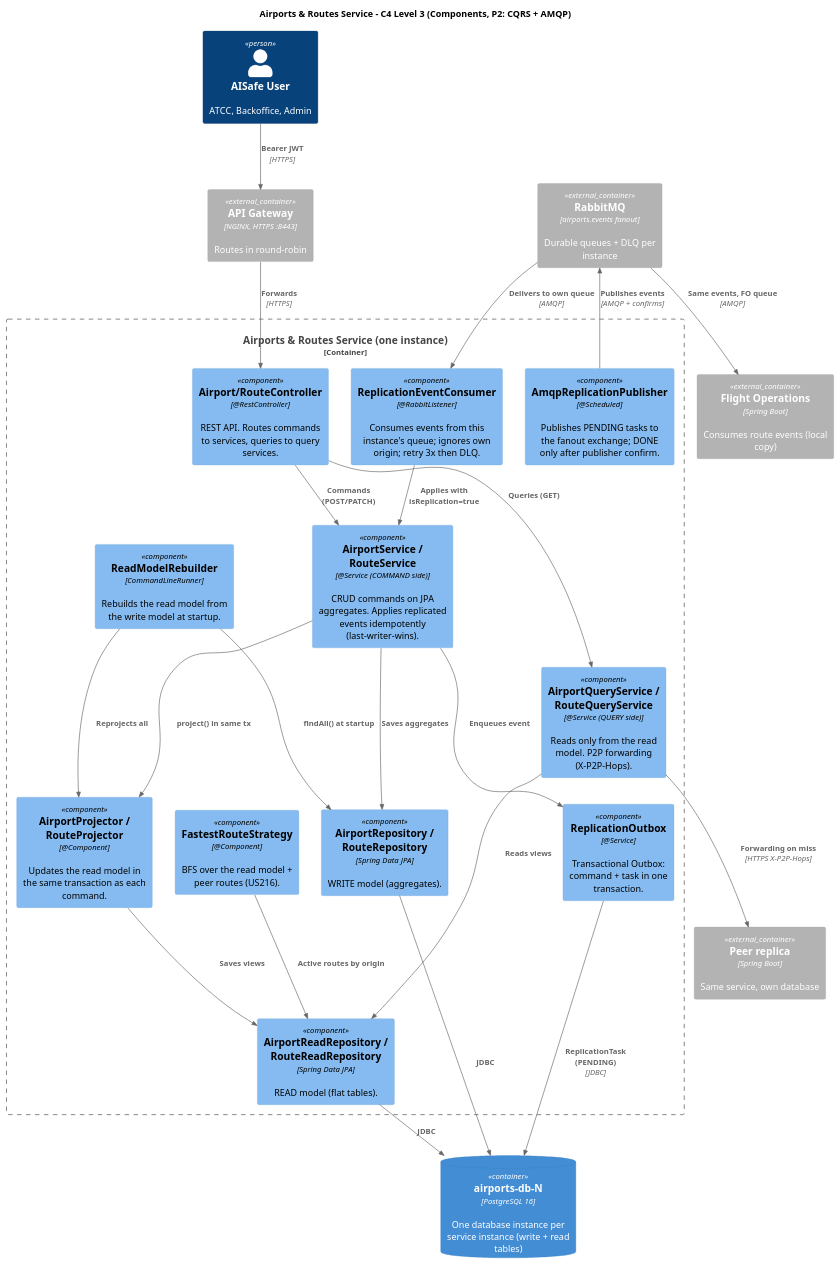
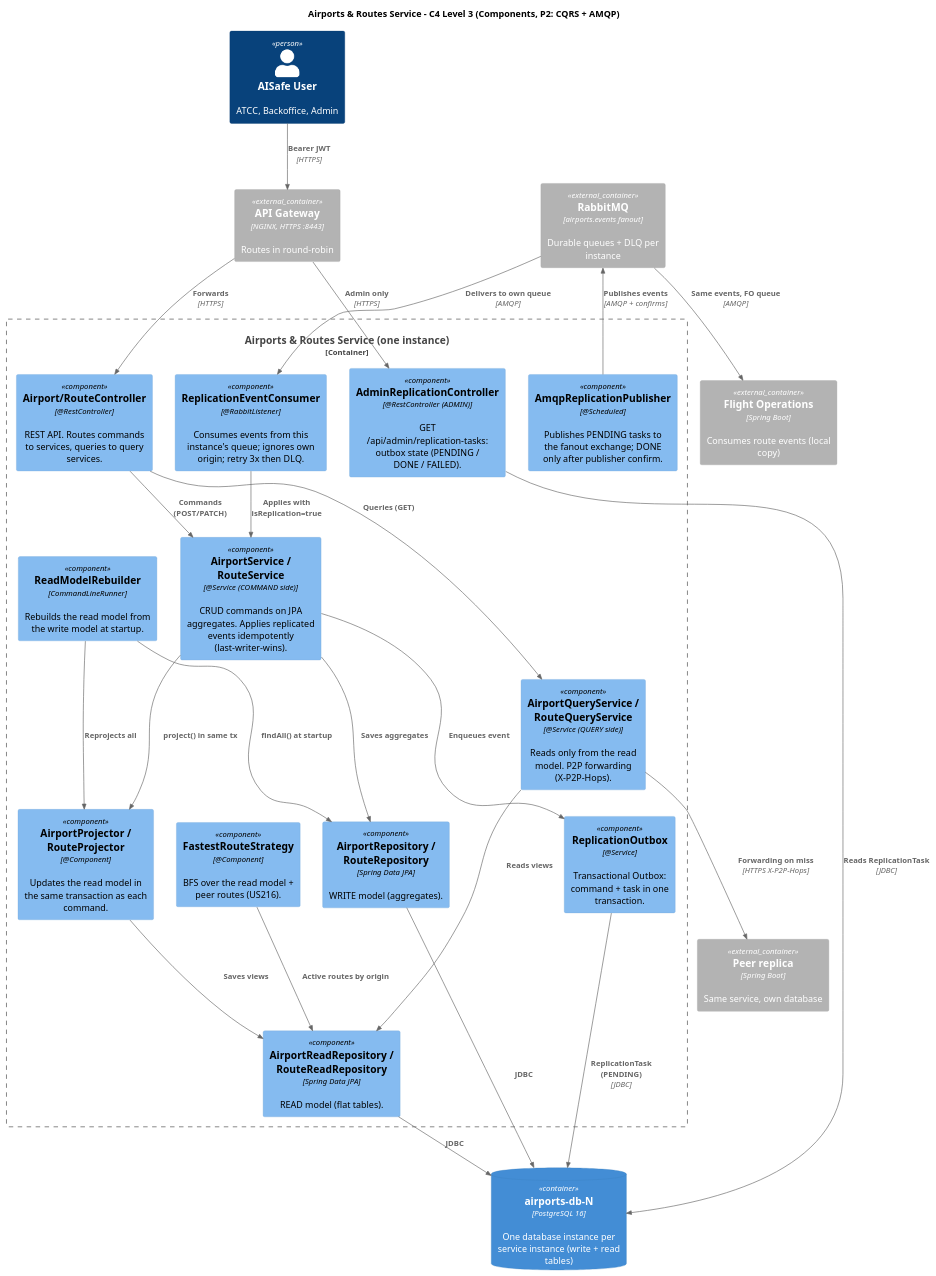
Before and after one commit to anamartasilvaa/SIDIG_AI_Safe: the diagram in Services/Airport e Routes/airports-routes-service/docs/c4-component-airports-routes-p2.puml, drawn with PlantUML. The commit also changed 8 other files, not shown here.

Commit message:
diagramas AR algumas correçoes

```diff
--- a/Services/Airport e Routes/airports-routes-service/docs/c4-component-airports-routes-p2.puml
+++ b/Services/Airport e Routes/airports-routes-service/docs/c4-component-airports-routes-p2.puml
@@ -1,53 +1,57 @@
 @startuml c4-component-airports-routes-p2
 !include <C4/C4_Component>
 LAYOUT_TOP_DOWN()
 
 title Airports & Routes Service - C4 Level 3 (Components, P2: CQRS + AMQP)
 
 Person(client, "AISafe User", "ATCC, Backoffice, Admin")
 Container_Ext(gateway, "API Gateway", "NGINX, HTTPS :8443", "Routes in round-robin")
 Container_Ext(broker, "RabbitMQ", "airports.events fanout", "Durable queues + DLQ per instance")
 Container_Ext(peer, "Peer replica", "Spring Boot", "Same service, own database")
 Container_Ext(fo, "Flight Operations", "Spring Boot", "Consumes route events (local copy)")
 
 ContainerDb(db, "airports-db-N", "PostgreSQL 16", "One database instance per service instance (write + read tables)")
 
 Container_Boundary(ar, "Airports & Routes Service (one instance)") {
     Component(ctrl, "Airport/RouteController", "@RestController", "REST API. Routes commands to services, queries to query services.")
+
+    Component(admin, "AdminReplicationController", "@RestController (ADMIN)", "GET /api/admin/replication-tasks: outbox state (PENDING / DONE / FAILED).")
 
     Component(cmdSvc, "AirportService / RouteService", "@Service (COMMAND side)", "CRUD commands on JPA aggregates. Applies replicated events idempotently (last-writer-wins).")
     Component(proj, "AirportProjector / RouteProjector", "@Component", "Updates the read model in the same transaction as each command.")
     Component(qrySvc, "AirportQueryService / RouteQueryService", "@Service (QUERY side)", "Reads only from the read model. P2P forwarding (X-P2P-Hops).")
     Component(bfs, "FastestRouteStrategy", "@Component", "BFS over the read model + peer routes (US216).")
 
     Component(writeRepo, "AirportRepository / RouteRepository", "Spring Data JPA", "WRITE model (aggregates).")
     Component(readRepo, "AirportReadRepository / RouteReadRepository", "Spring Data JPA", "READ model (flat tables).")
     Component(rebuild, "ReadModelRebuilder", "CommandLineRunner", "Rebuilds the read model from the write model at startup.")
 
     Component(outbox, "ReplicationOutbox", "@Service", "Transactional Outbox: command + task in one transaction.")
     Component(pub, "AmqpReplicationPublisher", "@Scheduled", "Publishes PENDING tasks to the fanout exchange; DONE only after publisher confirm.")
     Component(cons, "ReplicationEventConsumer", "@RabbitListener", "Consumes events from this instance's queue; ignores own origin; retry 3x then DLQ.")
 }
 
 Rel(client, gateway, "Bearer JWT", "HTTPS")
 Rel(gateway, ctrl, "Forwards", "HTTPS")
 
 Rel(ctrl, cmdSvc, "Commands (POST/PATCH)")
 Rel(ctrl, qrySvc, "Queries (GET)")
 Rel(cmdSvc, writeRepo, "Saves aggregates")
 Rel(cmdSvc, proj, "project() in same tx")
 Rel(proj, readRepo, "Saves views")
 Rel(cmdSvc, outbox, "Enqueues event")
 Rel(outbox, db, "ReplicationTask (PENDING)", "JDBC")
 Rel(pub, broker, "Publishes events", "AMQP + confirms")
 Rel(broker, cons, "Delivers to own queue", "AMQP")
 Rel(broker, fo, "Same events, FO queue", "AMQP")
 Rel(cons, cmdSvc, "Applies with isReplication=true")
 Rel(qrySvc, readRepo, "Reads views")
+Rel(gateway, admin, "Admin only", "HTTPS")
+Rel(admin, db, "Reads ReplicationTask", "JDBC")
 Rel(qrySvc, peer, "Forwarding on miss", "HTTPS X-P2P-Hops")
 Rel(bfs, readRepo, "Active routes by origin")
 Rel(rebuild, writeRepo, "findAll() at startup")
 Rel(rebuild, proj, "Reprojects all")
 Rel(writeRepo, db, "JDBC")
 Rel(readRepo, db, "JDBC")
 @enduml
```
